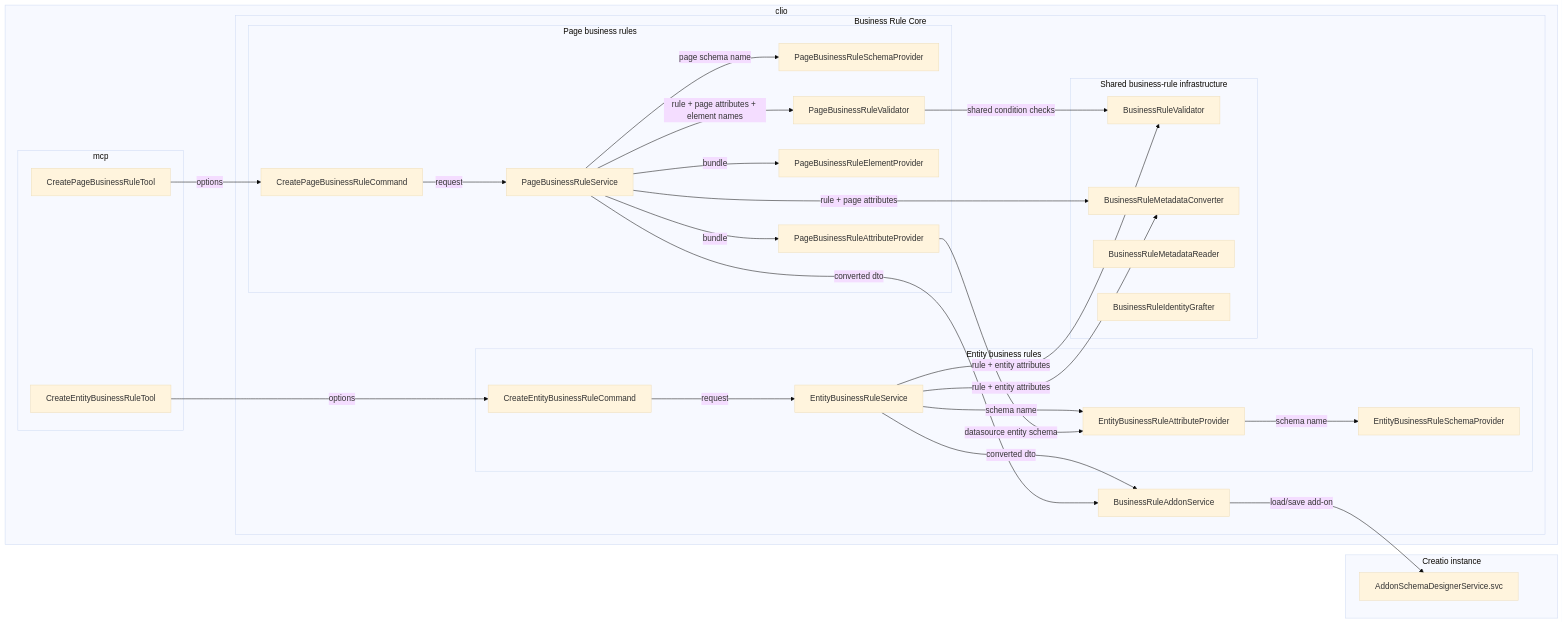
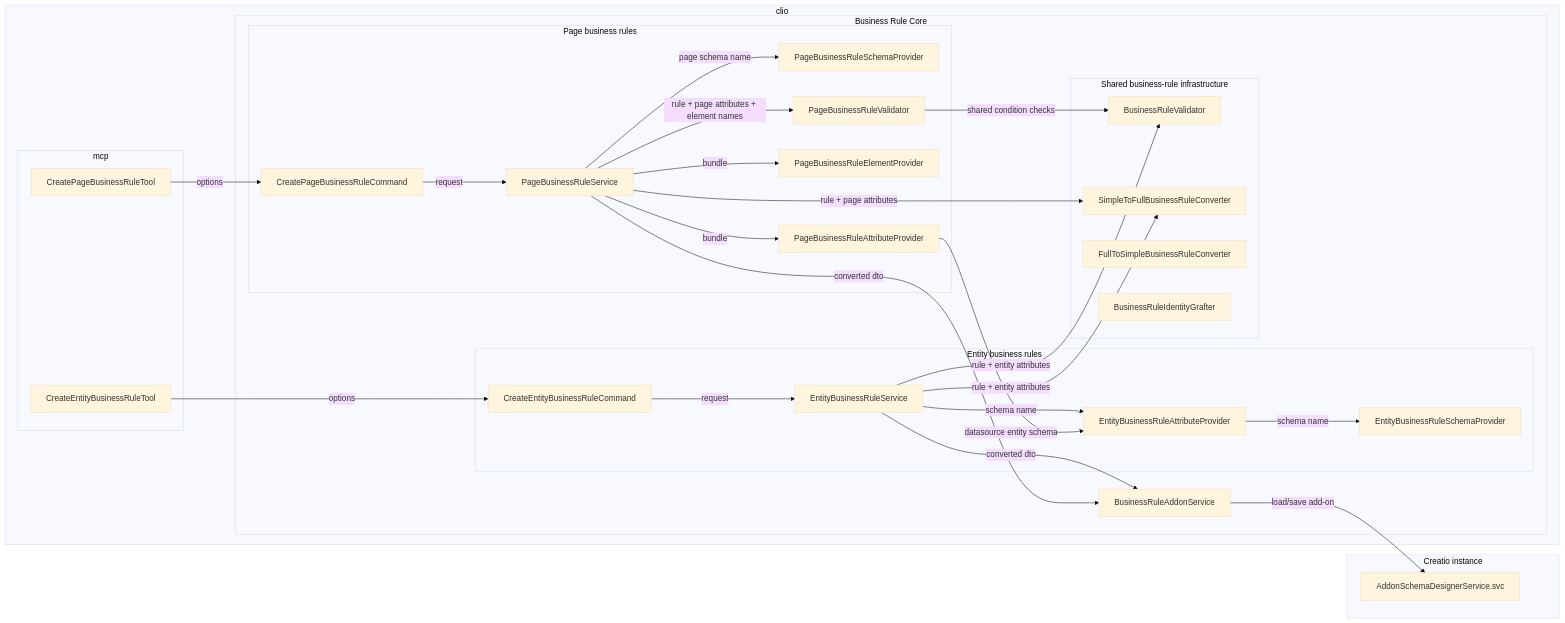
The diagram in spec/business-rules/business-rules-architecture.md (Advance-Technologies-Foundation/clio), drawn with Mermaid (base theme) before and after one commit. The commit also changed other lines of this file and 15 other files, not shown here.

First line of the commit message:
ENG-92671 Rename business-rule converters to a symmetric Simple<->Full scheme

````diff
--- a/spec/business-rules/business-rules-architecture.md
+++ b/spec/business-rules/business-rules-architecture.md
@@ -9,61 +9,61 @@
 ```mermaid
 flowchart LR
     subgraph Clio["clio"]
         subgraph MCP["mcp"]
             EntityTool["CreateEntityBusinessRuleTool"]
             PageTool["CreatePageBusinessRuleTool"]
         end
 
         subgraph Core["Business Rule Core"]
             subgraph EntityCore["Entity business rules"]
                 EntityCommand["CreateEntityBusinessRuleCommand"]
                 EntityService["EntityBusinessRuleService"]
                 EntitySchemaProvider["EntityBusinessRuleSchemaProvider"]
                 EntityAttributeProvider["EntityBusinessRuleAttributeProvider"]
             end
 
             subgraph PageCore["Page business rules"]
                 PageCommand["CreatePageBusinessRuleCommand"]
                 PageService["PageBusinessRuleService"]
                 PageSchemaProvider["PageBusinessRuleSchemaProvider"]
                 PageAttributeProvider["PageBusinessRuleAttributeProvider"]
                 PageElementProvider["PageBusinessRuleElementProvider"]
                 PageValidator["PageBusinessRuleValidator"]
             end
 
             subgraph SharedCore["Shared business-rule infrastructure"]
                 Validator["BusinessRuleValidator"]
-                Converter["BusinessRuleMetadataConverter"]
-                Reader["BusinessRuleMetadataReader"]
+                Converter["SimpleToFullBusinessRuleConverter"]
+                Reader["FullToSimpleBusinessRuleConverter"]
                 Grafter["BusinessRuleIdentityGrafter"]
             end
 
             AddonService["BusinessRuleAddonService"]
         end
     end
 
     subgraph Creatio["Creatio instance"]
         Addon["AddonSchemaDesignerService.svc"]
     end
 
     EntityTool -->|"options"| EntityCommand
     EntityCommand -->|"request"| EntityService
     EntityService -->|"schema name"| EntityAttributeProvider
     EntityAttributeProvider -->|"schema name"| EntitySchemaProvider
     EntityService -->|"rule + entity attributes"| Validator
     EntityService -->|"rule + entity attributes"| Converter
     EntityService -->|"converted dto"| AddonService
 
     PageTool -->|"options"| PageCommand
     PageCommand -->|"request"| PageService
     PageService -->|"page schema name"| PageSchemaProvider
     PageService -->|"bundle"| PageAttributeProvider
     PageAttributeProvider -->|"datasource entity schema"| EntityAttributeProvider
     PageService -->|"bundle"| PageElementProvider
     PageService -->|"rule + page attributes + element names"| PageValidator
     PageValidator -->|"shared condition checks"| Validator
     PageService -->|"rule + page attributes"| Converter
     PageService -->|"converted dto"| AddonService
 
     AddonService -->|"load/save add-on"| Addon
 ```
````
